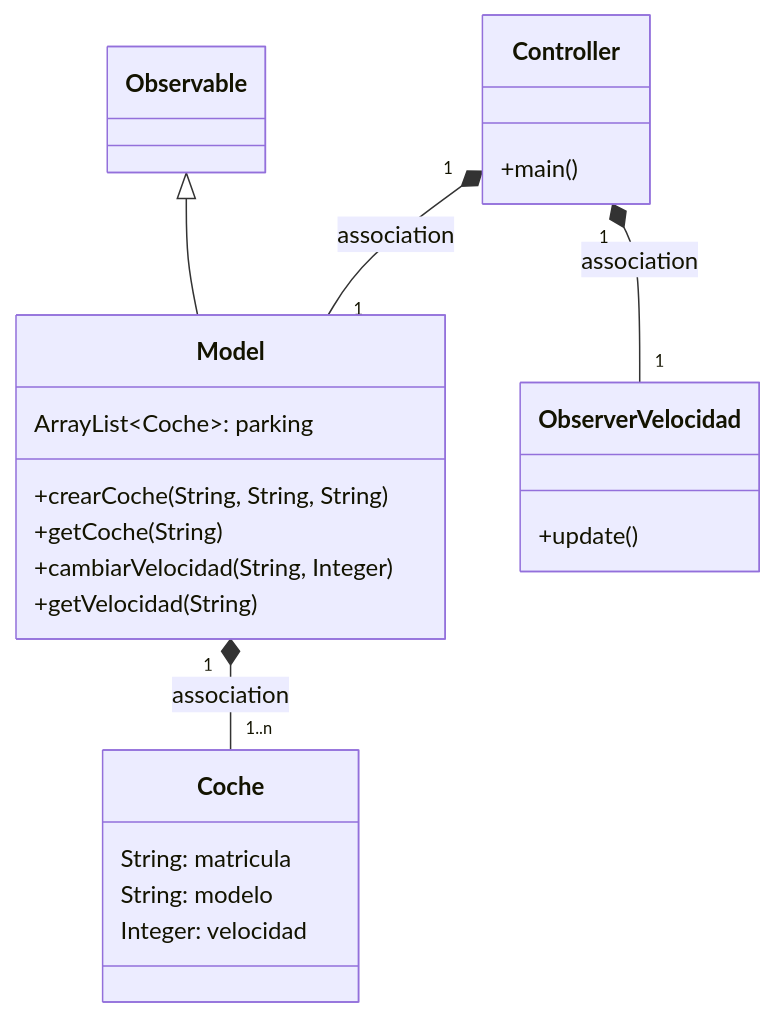
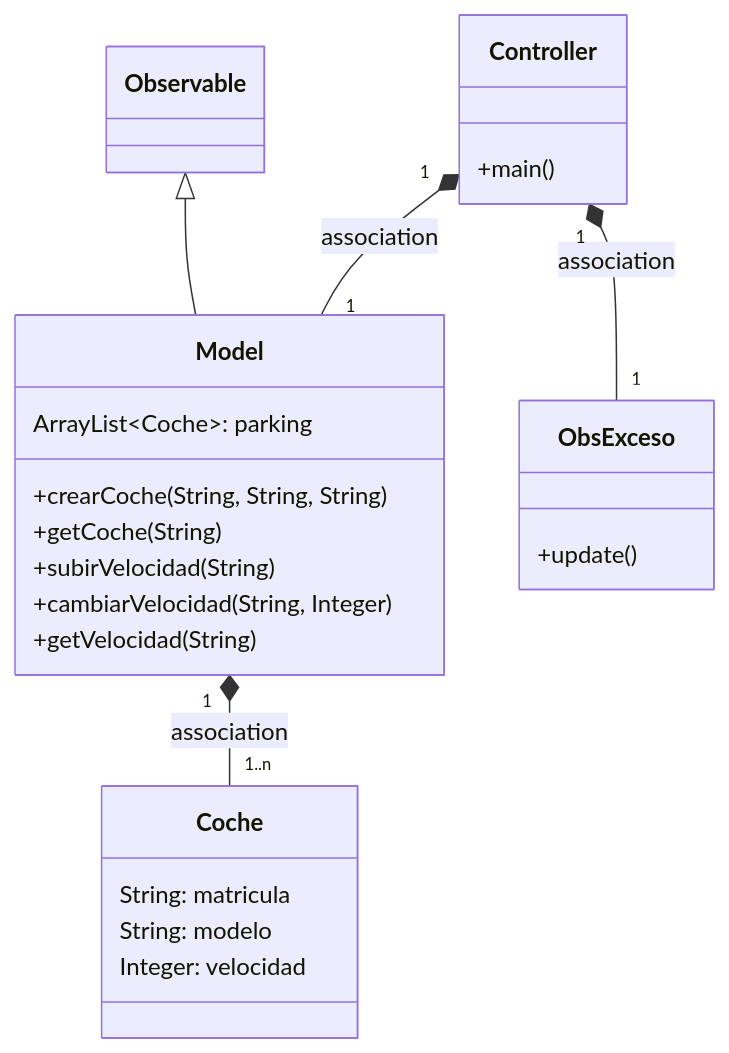
Before and after one commit to SilverClick/MVC_coches: the first of 3 diagrams in Readme.md, drawn with Mermaid. The commit also changed other lines of this file and 3 other files, not shown here.

````diff
--- a/Readme.md
+++ b/Readme.md
@@ -18,28 +14,29 @@
 ```mermaid
 classDiagram
     class Observable {
         }
         class Coche {
         String: matricula
         String: modelo
         Integer: velocidad
     }
       class Controller{
           +main()
       }
       class Model {
           ArrayList~Coche~: parking
           +crearCoche(String, String, String)
           +getCoche(String)
+          +subirVelocidad(String)
           +cambiarVelocidad(String, Integer)
           +getVelocidad(String)
       }
-      class ObserverVelocidad {
+      class ObsExceso{
           +update()
           }
-          Controller "1" *-- "1" ObserverVelocidad: association
+          Controller "1" *-- "1" ObsExceso: association
           Controller "1" *-- "1" Model : association
     Model "1" *-- "1..n" Coche : association
     Observable <|-- Model
       
 ```
````
